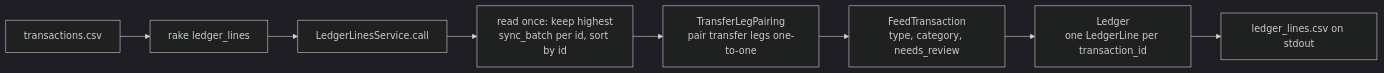
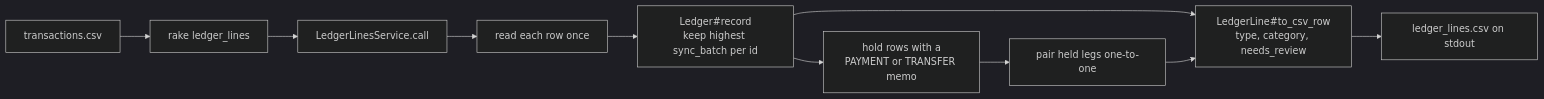
One commit to authorbeard/ledger_lines changed the diagram in README.md. Above: the diagram before and after it, drawn with Mermaid (dark theme). The commit also changed other lines of this file and 2 other files, not shown here.

````diff
--- a/README.md
+++ b/README.md
@@ -30,10 +30,12 @@
 ```mermaid
 flowchart LR
     A[transactions.csv] --> B[rake ledger_lines]
     B --> C[LedgerLinesService.call]
-    C --> D[read once: keep highest<br/>sync_batch per id, sort by id]
-    D --> E[TransferLegPairing<br/>pair transfer legs one-to-one]
-    E --> F[FeedTransaction<br/>type, category, needs_review]
-    F --> G[Ledger<br/>one LedgerLine per transaction_id]
-    G --> H[ledger_lines.csv on stdout]
+    C --> D[read each row once]
+    D --> E[Ledger#record<br/>keep highest sync_batch per id]
+    E --> F[hold rows with a<br/>PAYMENT or TRANSFER memo]
+    F --> G[pair held legs one-to-one]
+    E --> H[LedgerLine#to_csv_row<br/>type, category, needs_review]
+    G --> H
+    H --> I[ledger_lines.csv on stdout]
 ```
````
